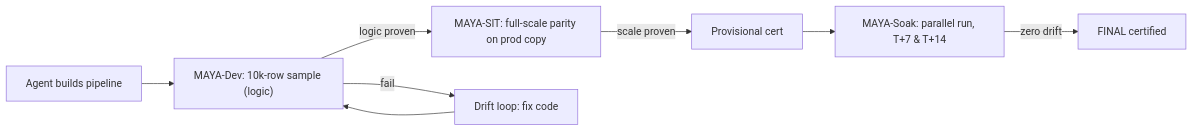
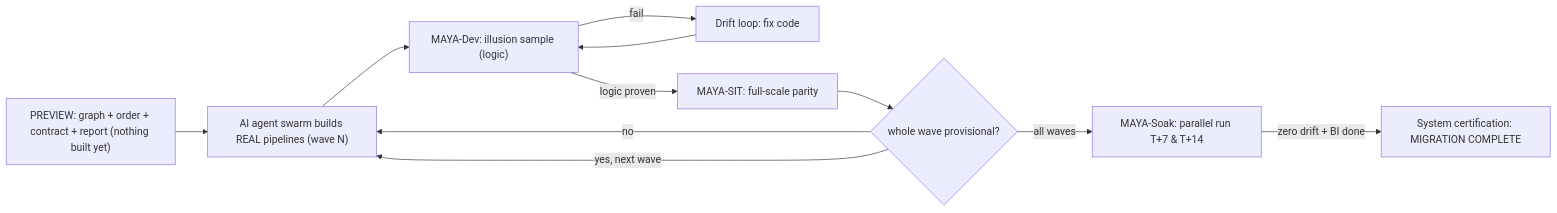
Before and after one commit to vasutechgenie/maya-migrate-to-databricks: the diagram in README.md, drawn with Mermaid. The commit also changed other lines of this file and 12 other files, not shown here.

First line of the commit message:
feat: tell the full MAYA arc (preview -> agent-swarm build -> whole-system certification)

````diff
--- a/README.md
+++ b/README.md
@@ -42,10 +48,13 @@
 ```mermaid
 flowchart LR
-  build["Agent builds pipeline"] --> devA["MAYA-Dev: 10k-row sample (logic)"]
-  devA -->|"logic proven"| sitB["MAYA-SIT: full-scale parity on prod copy"]
-  sitB -->|"scale proven"| prov["Provisional cert"]
-  prov --> soak["MAYA-Soak: parallel run, T+7 & T+14"]
-  soak -->|"zero drift"| cert["FINAL certified"]
+  preview["PREVIEW: graph + order + contract + report (nothing built yet)"] --> swarm["AI agent swarm builds REAL pipelines (wave N)"]
+  swarm --> devA["MAYA-Dev: illusion sample (logic)"]
   devA -->|"fail"| drift["Drift loop: fix code"]
   drift --> devA
+  devA -->|"logic proven"| sitB["MAYA-SIT: full-scale parity"]
+  sitB --> barrier{"whole wave provisional?"}
+  barrier -->|"no"| swarm
+  barrier -->|"yes, next wave"| swarm
+  barrier -->|"all waves"| soak["MAYA-Soak: parallel run T+7 & T+14"]
+  soak -->|"zero drift + BI done"| sys["System certification: MIGRATION COMPLETE"]
 ```
````
